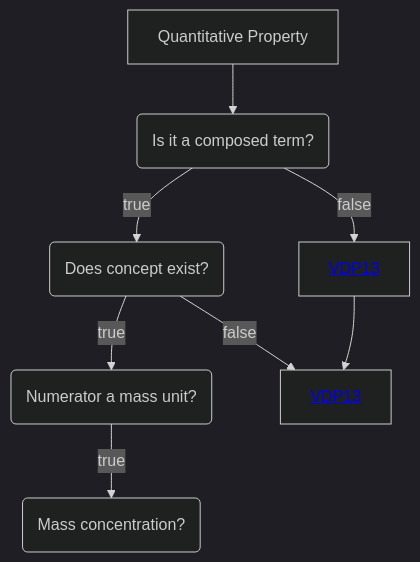
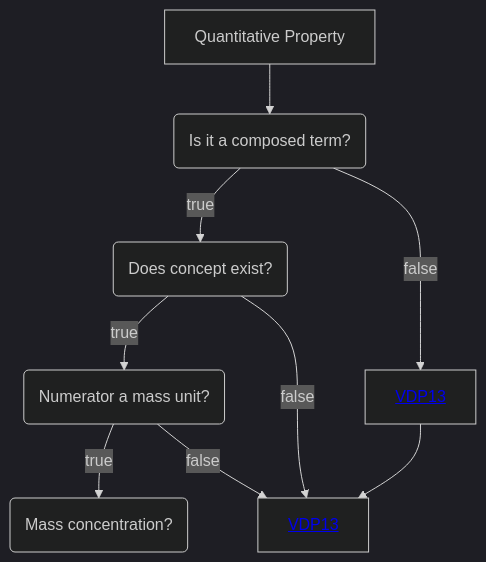
The diagram in Decisition_trees/DT1.mmd (mabablue/I-ADOPT-patterns-playground), drawn with Mermaid (dark theme) before and after one commit.

```diff
--- a/Decisition_trees/DT1.mmd
+++ b/Decisition_trees/DT1.mmd
@@ -1,8 +1,9 @@
 flowchart TD
     A[Quantitative Property] --> B(Is it a composed term?)
     B --> |true|E(Does concept exist?)
     B --> |false|D[<a href='https://github.com/mabablue/I-ADOPT-patterns-playground/blob/main/pattern/VDP13.yaml'>VDP13</a>]
     E -->|true|F(Numerator a mass unit?)
     E --> |false|I
     F --> |true|H(Mass concentration?)
     D --> I[<a href='https://github.com/mabablue/I-ADOPT-patterns-playground/blob/main/pattern/VDP13.yaml'>VDP13</a>]
+    F --> |false|I
```
